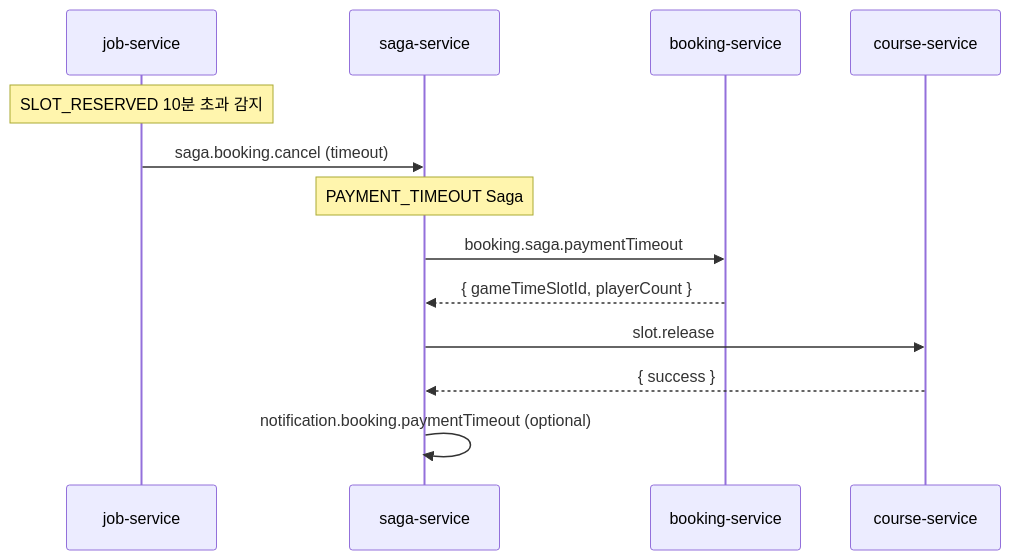
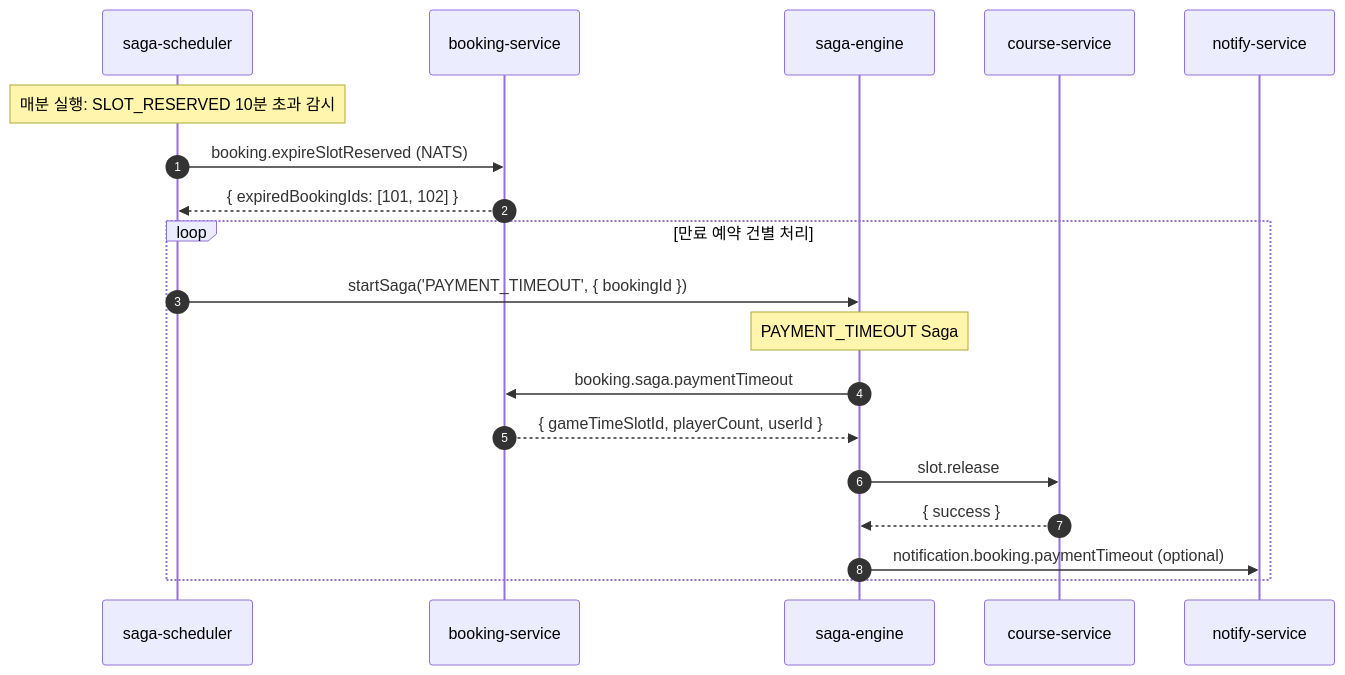
One commit to uniyous/parkgolf-platform changed the seventh of 9 diagrams in docs/workflow/SAGA.md. Above: the diagram before and after it, drawn with Mermaid. The commit also changed other lines of this file and 32 other files, not shown here.

First line of the commit message:
feat(booking): AI 부킹 워크플로우 개선 — TEAM_COMPLETE 통일, 카드 추가

````diff
--- a/docs/workflow/SAGA.md
+++ b/docs/workflow/SAGA.md
@@ -390,17 +416,25 @@
 ```mermaid
 sequenceDiagram
-    participant JOB as job-service
-    participant SAGA as saga-service
+    autonumber
+    participant SCHED as saga-scheduler
     participant BS as booking-service
+    participant SAGA as saga-engine
     participant CS as course-service
+    participant NS as notify-service
 
-    Note over JOB: SLOT_RESERVED 10분 초과 감지
-    JOB->>SAGA: saga.booking.cancel (timeout)
+    Note over SCHED: 매분 실행: SLOT_RESERVED 10분 초과 감시
 
-    Note over SAGA: PAYMENT_TIMEOUT Saga
-    SAGA->>BS: booking.saga.paymentTimeout
-    BS-->>SAGA: { gameTimeSlotId, playerCount }
-    SAGA->>CS: slot.release
-    CS-->>SAGA: { success }
-    SAGA->>SAGA: notification.booking.paymentTimeout (optional)
+    SCHED->>BS: booking.expireSlotReserved (NATS)
+    BS-->>SCHED: { expiredBookingIds: [101, 102] }
+
+    loop 만료 예약 건별 처리
+        SCHED->>SAGA: startSaga('PAYMENT_TIMEOUT', { bookingId })
+
+        Note over SAGA: PAYMENT_TIMEOUT Saga
+        SAGA->>BS: booking.saga.paymentTimeout
+        BS-->>SAGA: { gameTimeSlotId, playerCount, userId }
+        SAGA->>CS: slot.release
+        CS-->>SAGA: { success }
+        SAGA->>NS: notification.booking.paymentTimeout (optional)
+    end
 ```
````
